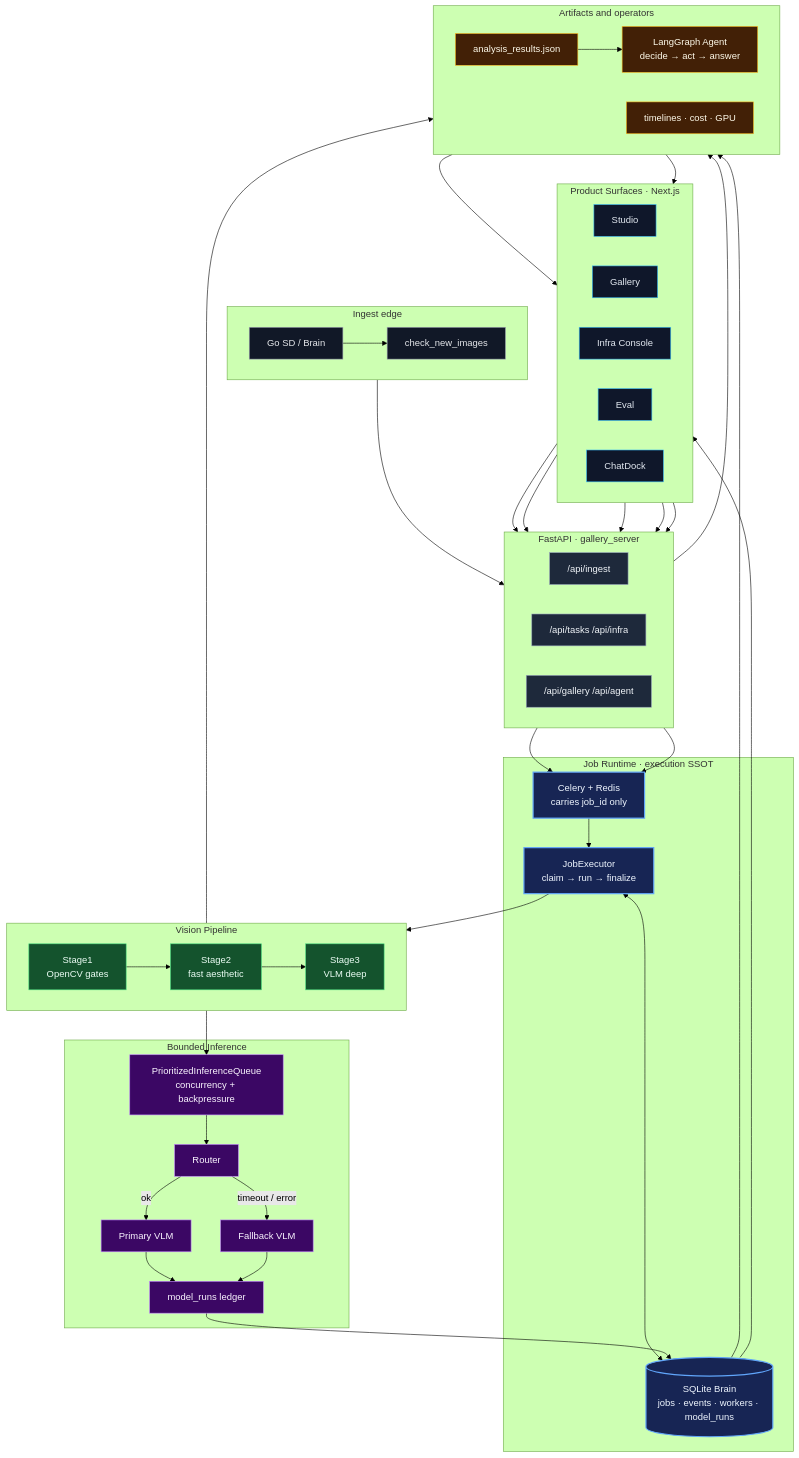
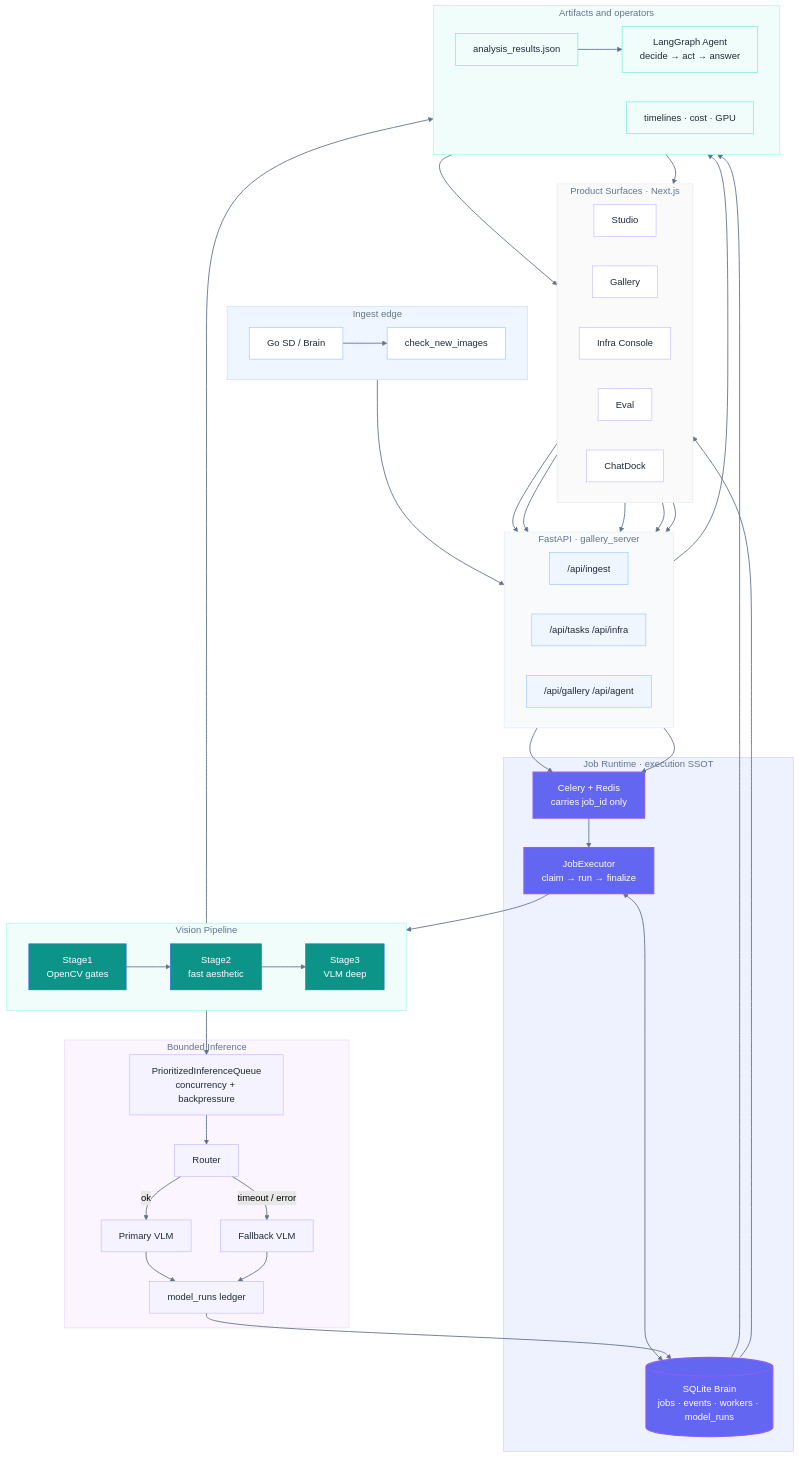
The second of 3 diagrams in README.md (postrockicecola/livehouse-photo-agent), drawn with Mermaid (forest theme) before and after one commit. The commit also changed other lines of this file, not shown here.

Commit message:
Restyle README architecture diagrams to a light indigo/teal palette.

````diff
--- a/README.md
+++ b/README.md
@@ -244,12 +249,12 @@
 ```mermaid
 flowchart TB
-    classDef surface fill:#0f172a,stroke:#38bdf8,color:#e2e8f0
-    classDef api fill:#1e293b,stroke:#94a3b8,color:#f1f5f9
-    classDef core fill:#172554,stroke:#60a5fa,color:#eff6ff,stroke-width:2px
-    classDef pipe fill:#14532d,stroke:#4ade80,color:#ecfdf5
-    classDef infer fill:#3b0764,stroke:#c084fc,color:#faf5ff
-    classDef out fill:#422006,stroke:#fbbf24,color:#fffbeb
-    classDef edge fill:#111827,stroke:#9ca3af,color:#e5e7eb
+    classDef surface fill:#FFFFFF,stroke:#C4B5FD,color:#1F2937
+    classDef api fill:#EFF6FF,stroke:#93C5FD,color:#1F2937
+    classDef core fill:#6366F1,stroke:#8B5CF6,color:#FFFFFF,stroke-width:2px
+    classDef pipe fill:#0D9488,stroke:#2563EB,color:#FFFFFF
+    classDef infer fill:#F5F3FF,stroke:#C4B5FD,color:#1F2937
+    classDef out fill:#F0FDFA,stroke:#5EEAD4,color:#1F2937
+    classDef edge fill:#FFFFFF,stroke:#93C5FD,color:#1F2937
 
     subgraph SURFACES["Product Surfaces  ·  Next.js"]
         direction LR
@@ -336,4 +341,12 @@
     class Q,RT,P,FB,LD infer
     class AR,AG,OP out
     class GO,CK edge
+    style SURFACES fill:#FAFAFA,stroke:#E5E7EB,color:#64748B
+    style GATEWAY fill:#F8FAFC,stroke:#E2E8F0,color:#64748B
+    style INGEST fill:#EFF6FF,stroke:#BFDBFE,color:#64748B
+    style RUNTIME fill:#EEF2FF,stroke:#C7D2FE,color:#64748B
+    style PIPE fill:#F0FDFA,stroke:#99F6E4,color:#64748B
+    style INFER fill:#FAF5FF,stroke:#E9D5FF,color:#64748B
+    style OUT fill:#F0FDFA,stroke:#99F6E4,color:#64748B
+    linkStyle default stroke:#64748B,stroke-width:1.5px
 ```
````
